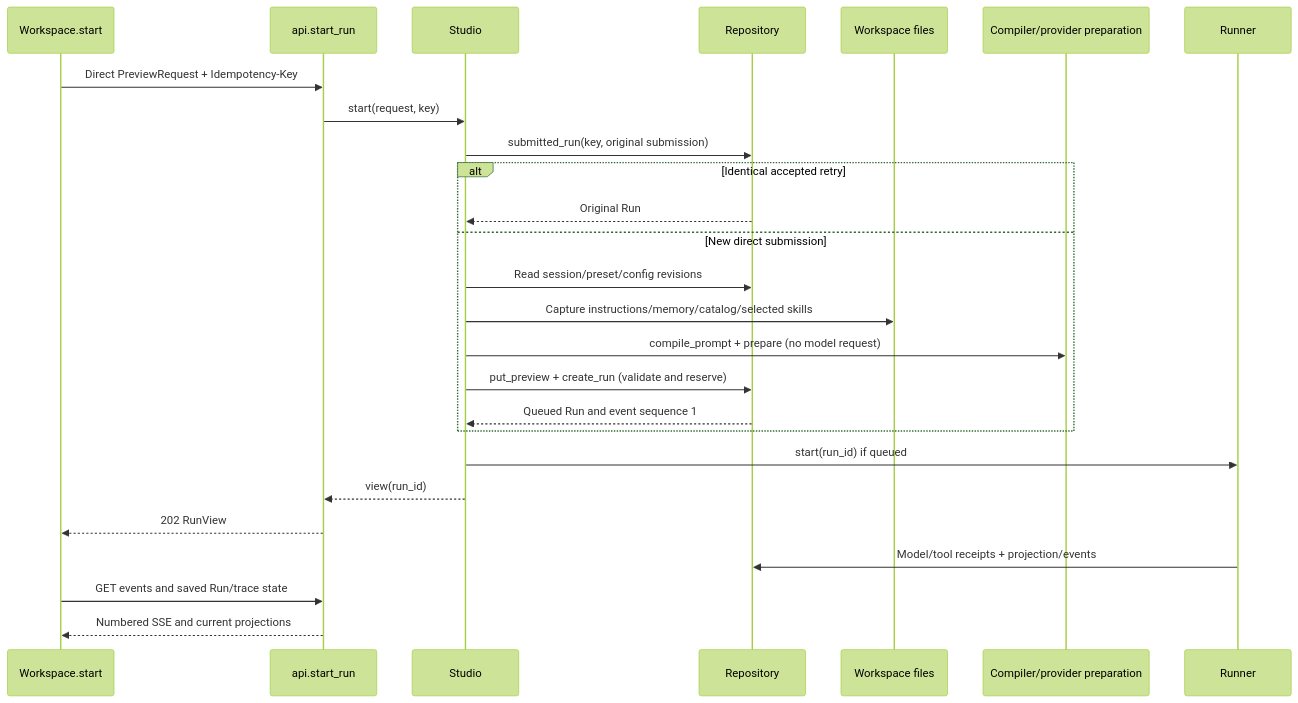
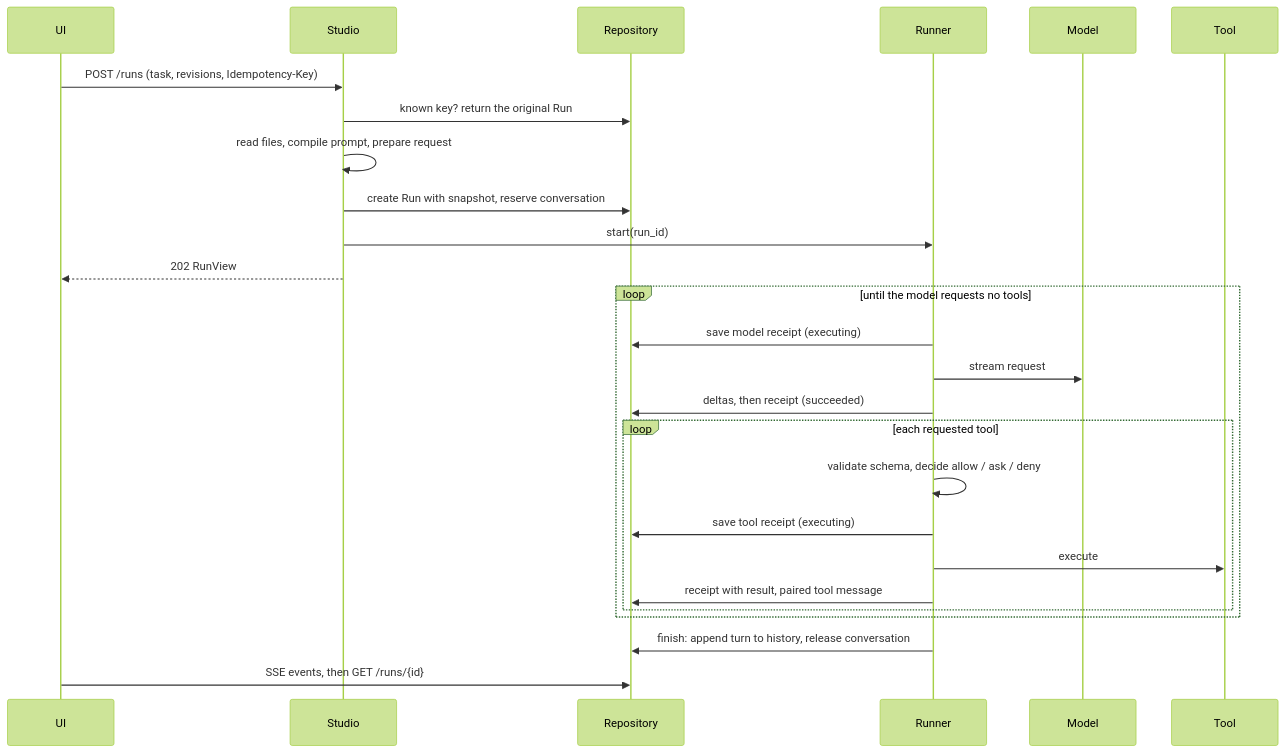
One commit to shiraha721/glassbox changed the second of 3 diagrams in docs/architecture.md. Above: the diagram before and after it, drawn with Mermaid (forest theme). The commit also changed other lines of this file and 90 other files, not shown here.

````diff
--- a/docs/architecture.md
+++ b/docs/architecture.md
@@ -171,28 +67,28 @@
 ```mermaid
 sequenceDiagram
-    participant UI as Workspace.start
-    participant API as api.start_run
-    participant APP as Studio
-    participant DB as Repository
-    participant FILES as Workspace files
-    participant COMP as Compiler/provider preparation
-    participant RUN as Runner
-    UI->>API: Direct PreviewRequest + Idempotency-Key
-    API->>APP: start(request, key)
-    APP->>DB: submitted_run(key, original submission)
-    alt Identical accepted retry
-        DB-->>APP: Original Run
-    else New direct submission
-        APP->>DB: Read session/preset/config revisions
-        APP->>FILES: Capture instructions/memory/catalog/selected skills
-        APP->>COMP: compile_prompt + prepare (no model request)
-        APP->>DB: put_preview + create_run (validate and reserve)
-        DB-->>APP: Queued Run and event sequence 1
+    participant UI
+    participant Studio
+    participant Repo as Repository
+    participant Runner
+    participant Model
+    participant Tool
+    UI->>Studio: POST /runs (task, revisions, Idempotency-Key)
+    Studio->>Repo: known key? return the original Run
+    Studio->>Studio: read files, compile prompt, prepare request
+    Studio->>Repo: create Run with snapshot, reserve conversation
+    Studio->>Runner: start(run_id)
+    Studio-->>UI: 202 RunView
+    loop until the model requests no tools
+        Runner->>Repo: save model receipt (executing)
+        Runner->>Model: stream request
+        Runner->>Repo: deltas, then receipt (succeeded)
+        loop each requested tool
+            Runner->>Runner: validate schema, decide allow / ask / deny
+            Runner->>Repo: save tool receipt (executing)
+            Runner->>Tool: execute
+            Runner->>Repo: receipt with result, paired tool message
+        end
     end
-    APP->>RUN: start(run_id) if queued
-    APP-->>API: view(run_id)
-    API-->>UI: 202 RunView
-    RUN->>DB: Model/tool receipts + projection/events
-    UI->>API: GET events and saved Run/trace state
-    API-->>UI: Numbered SSE and current projections
+    Runner->>Repo: finish: append turn to history, release conversation
+    UI->>Repo: SSE events, then GET /runs/{id}
 ```
````
